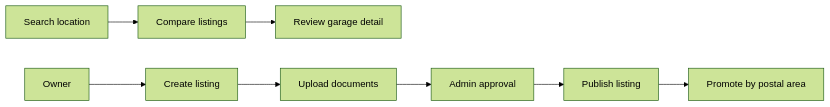
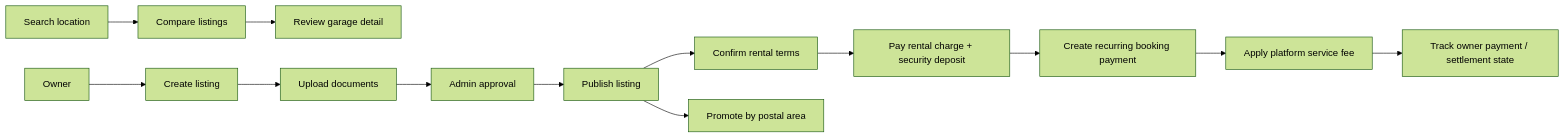
Before and after one commit to kajolmehra/autolane-garage-marketplace: the diagram in docs/USER-FLOWS.md, drawn with Mermaid (forest theme). The commit also changed other lines of this file and 4 other files, not shown here.

````diff
--- a/docs/USER-FLOWS.md
+++ b/docs/USER-FLOWS.md
@@ -3,10 +3,15 @@
 ```mermaid
 flowchart LR
     Visitor[Search location] --> Listings[Compare listings]
     Listings --> Detail[Review garage detail]
     Owner[Owner] --> Listing[Create listing]
     Listing --> Documents[Upload documents]
     Documents --> Approval[Admin approval]
     Approval --> Live[Publish listing]
+    Live --> Booking[Confirm rental terms]
+    Booking --> Checkout[Pay rental charge + security deposit]
+    Checkout --> Recurring[Create recurring booking payment]
+    Recurring --> Commission[Apply platform service fee]
+    Commission --> OwnerPayment[Track owner payment / settlement state]
     Live --> Payment[Promote by postal area]
 ```
````
